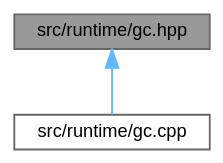
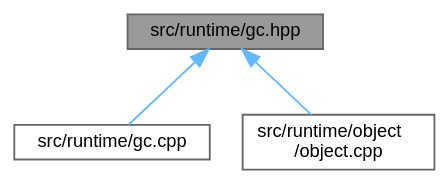
One commit to kejunp/kejunp.github.io changed the diagram in pebbl/docs/gc_8hpp__dep__incl.dot. Above: the diagram before and after it, drawn with Graphviz. The commit also changed 66 other files, not shown here.

```diff
--- a/pebbl/docs/gc_8hpp__dep__incl.dot
+++ b/pebbl/docs/gc_8hpp__dep__incl.dot
@@ -1,10 +1,12 @@
 digraph "src/runtime/gc.hpp"
 {
  // LATEX_PDF_SIZE
   bgcolor="transparent";
   edge [fontname=Helvetica,fontsize=10,labelfontname=Helvetica,labelfontsize=10];
   node [fontname=Helvetica,fontsize=10,shape=box,height=0.2,width=0.4];
   Node1 [id="Node000001",label="src/runtime/gc.hpp",height=0.2,width=0.4,color="gray40", fillcolor="grey60", style="filled", fontcolor="black",tooltip=" "];
   Node1 -> Node2 [id="edge1_Node000001_Node000002",dir="back",color="steelblue1",style="solid",tooltip=" "];
   Node2 [id="Node000002",label="src/runtime/gc.cpp",height=0.2,width=0.4,color="grey40", fillcolor="white", style="filled",URL="$gc_8cpp.html",tooltip=" "];
+  Node1 -> Node3 [id="edge2_Node000001_Node000003",dir="back",color="steelblue1",style="solid",tooltip=" "];
+  Node3 [id="Node000003",label="src/runtime/object\l/object.cpp",height=0.2,width=0.4,color="grey40", fillcolor="white", style="filled",URL="$object_8cpp.html",tooltip=" "];
 }
```
